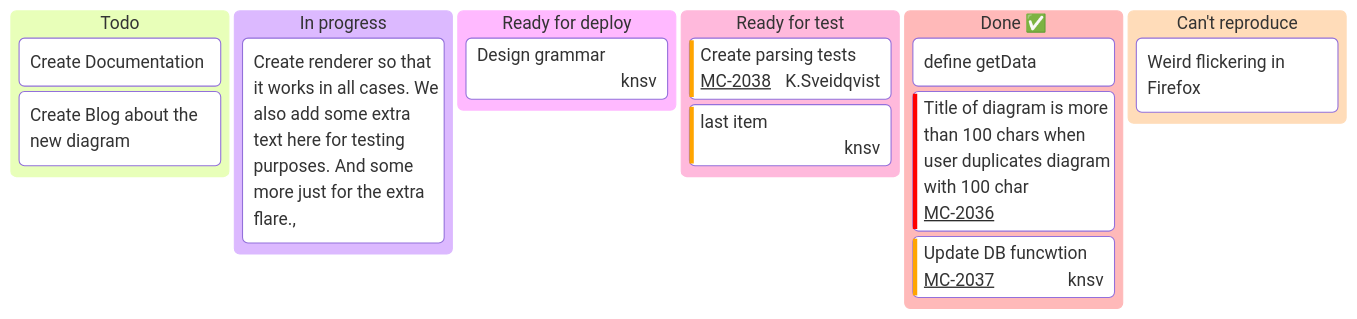
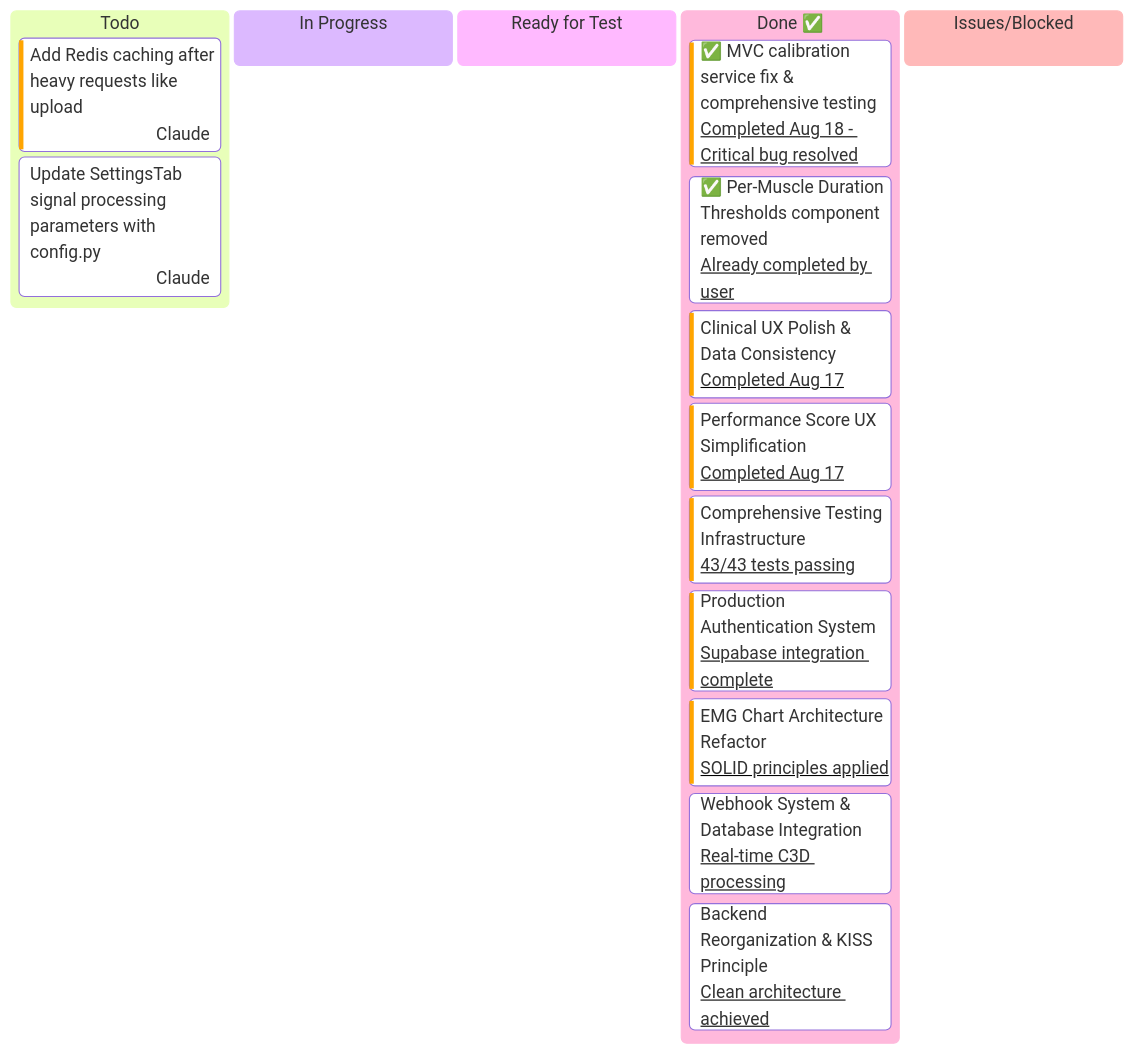
One commit to ggustin93/emg-c3d-analyzer changed the diagram in memory-bank/kanban.mermaid. Above: the diagram before and after it, drawn with Mermaid. The commit also changed 8 other files, not shown here.

First line of the commit message:
feat: add C3D filtering validation test and MVC threshold improvements

```diff
--- a/memory-bank/kanban.mermaid
+++ b/memory-bank/kanban.mermaid
@@ -1,23 +1,26 @@
 ---
 config:
   kanban:
-    ticketBaseUrl: 'https://mermaidchart.atlassian.net/browse/#TICKET#'
+    ticketBaseUrl: 'https://github.com/pwablo/emg-c3d-analyzer/issues/'
 ---
 kanban
   Todo
-    [Create Documentation]
-    docs[Create Blog about the new diagram]
-  [In progress]
-    id6[Create renderer so that it works in all cases. We also add some extra text here for testing purposes. And some more just for the extra flare.,]
-  id9[Ready for deploy]
-    id8[Design grammar]@{ assigned: 'knsv' }
-  id10[Ready for test]
-    id4[Create parsing tests]@{ ticket: MC-2038, assigned: 'K.Sveidqvist', priority: 'High' }
-    id66[last item]@{ priority: 'High', assigned: 'knsv' }
-  id11[Done ✅]
-    id5[define getData]
-    id2[Title of diagram is more than 100 chars when user duplicates diagram with 100 char]@{ ticket: MC-2036, priority: 'Very High'}
-    id3[Update DB funcwtion]@{ ticket: MC-2037, assigned: knsv, priority: 'High' }
-
-  id12[Can't reproduce]
-    id3[Weird flickering in Firefox]
+    task2[Add Redis caching after heavy requests like upload]@{ priority: 'High', assigned: 'Claude' }
+    task4[Update SettingsTab signal processing parameters with config.py]@{ priority: 'Medium', assigned: 'Claude' }
+    
+  In Progress
+    
+  Ready for Test  
+    
+  Done ✅
+    task1[✅ MVC calibration service fix & comprehensive testing]@{ priority: 'High', ticket: 'Completed Aug 18 - Critical bug resolved' }
+    task3[✅ Per-Muscle Duration Thresholds component removed]@{ priority: 'Medium', ticket: 'Already completed by user' }
+    id1[Clinical UX Polish & Data Consistency]@{ priority: 'High', ticket: 'Completed Aug 17' }
+    id2[Performance Score UX Simplification]@{ priority: 'High', ticket: 'Completed Aug 17' }
+    id3[Comprehensive Testing Infrastructure]@{ priority: 'High', ticket: '43/43 tests passing' }
+    id4[Production Authentication System]@{ priority: 'High', ticket: 'Supabase integration complete' }
+    id5[EMG Chart Architecture Refactor]@{ priority: 'High', ticket: 'SOLID principles applied' }
+    id6[Webhook System & Database Integration]@{ priority: 'Medium', ticket: 'Real-time C3D processing' }
+    id7[Backend Reorganization & KISS Principle]@{ priority: 'Medium', ticket: 'Clean architecture achieved' }
+    
+  Issues/Blocked
```
